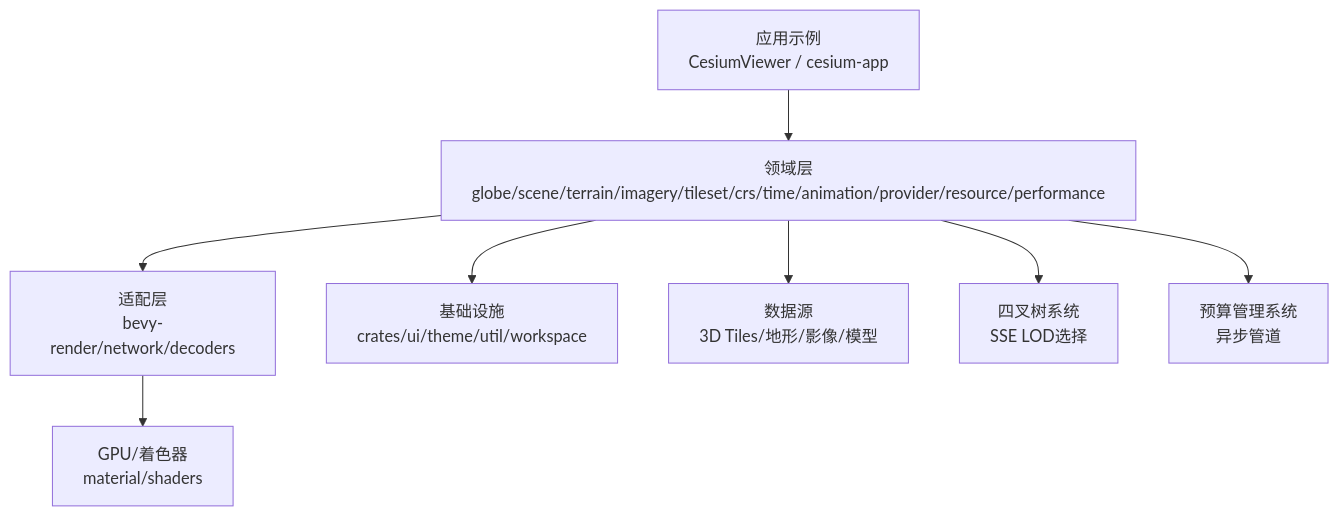
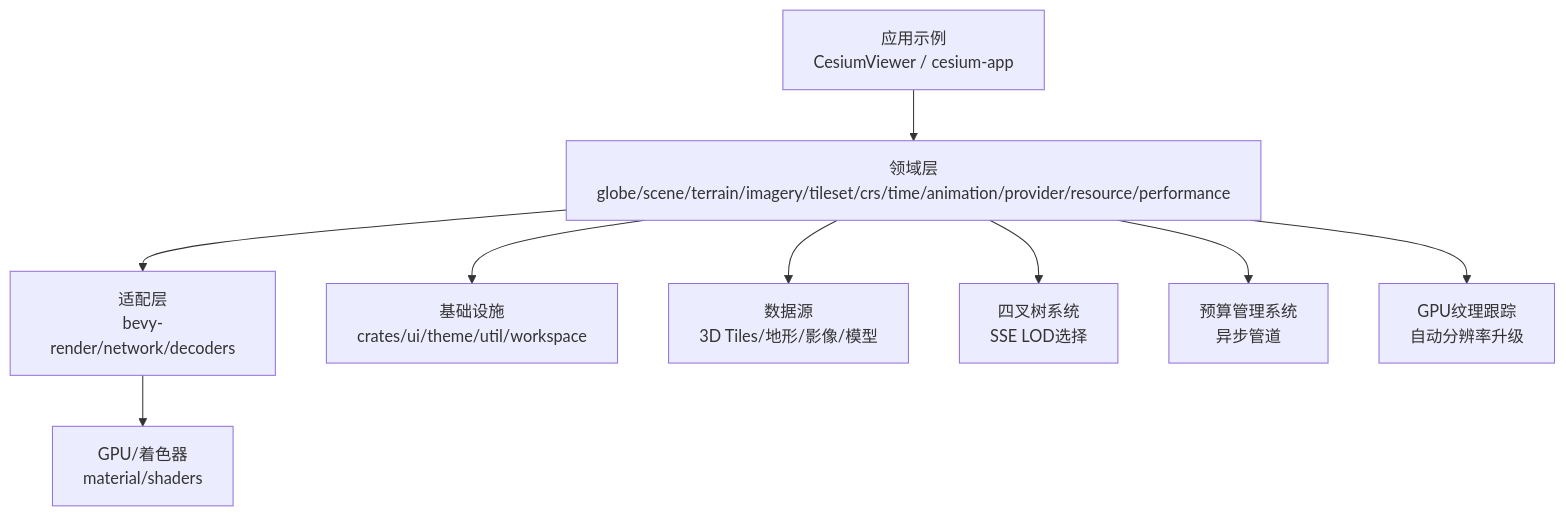
Before and after one commit to rzhangjing/cesium: the second of 14 diagrams in .qoder/repowiki/zh/content/核心概念/渲染管线与场景图/动态地球渲染系统.md, drawn with Mermaid. The commit also changed other lines of this file and 6 other files, not shown here.

````diff
--- a/.qoder/repowiki/zh/content/核心概念/渲染管线与场景图/动态地球渲染系统.md
+++ b/.qoder/repowiki/zh/content/核心概念/渲染管线与场景图/动态地球渲染系统.md
@@ -145,18 +143,20 @@
 ```mermaid
 graph TB
 App["应用示例<br/>CesiumViewer / cesium-app"]
 Domain["领域层<br/>globe/scene/terrain/imagery/tileset/crs/time/animation/provider/resource/performance"]
 Adapter["适配层<br/>bevy-render/network/decoders"]
 Infra["基础设施<br/>crates/ui/theme/util/workspace"]
 Data["数据源<br/>3D Tiles/地形/影像/模型"]
 GPU["GPU/着色器<br/>material/shaders"]
 Quadtree["四叉树系统<br/>SSE LOD选择"]
 Budget["预算管理系统<br/>异步管道"]
+TextureTrack["GPU纹理跟踪<br/>自动分辨率升级"]
 App --> Domain
 Domain --> Adapter
 Adapter --> GPU
 Domain --> Data
 Domain --> Infra
 Domain --> Quadtree
 Domain --> Budget
+Domain --> TextureTrack
 ```
````
